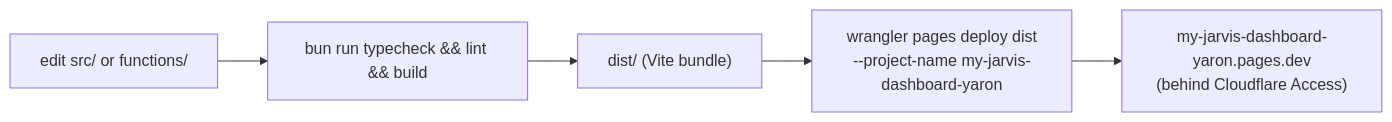
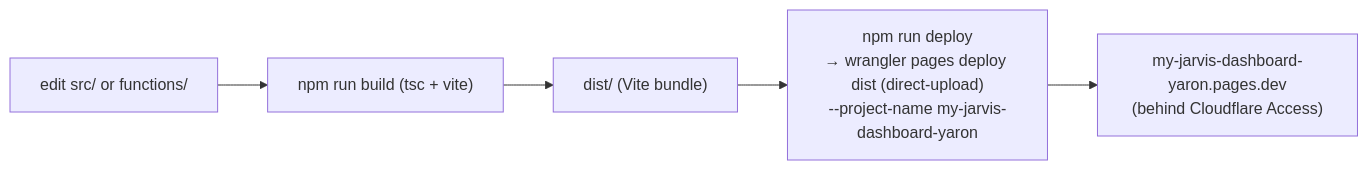
One commit to aitheroad-dev/my-jarvis-dashboard-yaron changed the eighth of 8 diagrams in docs/ARCHITECTURE.md. Above: the diagram before and after it, drawn with Mermaid. The commit also changed other lines of this file and 6 other files, not shown here.

Commit message:
docs: align dashboard docs with current stack — D1 + Cloudflare Access + direct-upload deploy, 15-page taxonomy (Tickets→Situation); reframe CLAUDE.md + myjarvis-dashboard skill as live instance, demote Neon/WorkOS/template flow to historical

````diff
--- a/docs/ARCHITECTURE.md
+++ b/docs/ARCHITECTURE.md
@@ -428,7 +466,7 @@
 ```mermaid
 flowchart LR
-  EDIT["edit src/ or functions/"] --> GATE["bun run typecheck && lint && build"]
+  EDIT["edit src/ or functions/"] --> GATE["npm run build (tsc + vite)"]
   GATE --> DIST["dist/ (Vite bundle)"]
-  DIST --> DEPLOY["wrangler pages deploy dist\n--project-name my-jarvis-dashboard-yaron"]
+  DIST --> DEPLOY["npm run deploy\n→ wrangler pages deploy dist (direct-upload)\n--project-name my-jarvis-dashboard-yaron"]
   DEPLOY --> LIVE["my-jarvis-dashboard-yaron.pages.dev\n(behind Cloudflare Access)"]
 ```
````
